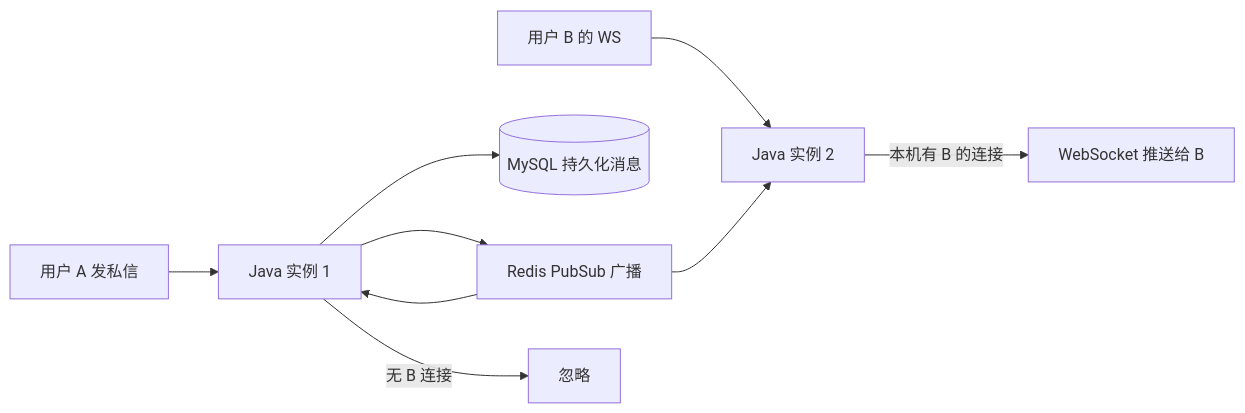
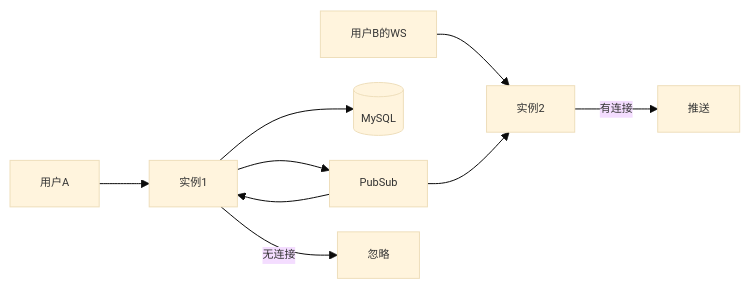
Before and after one commit to pluchon/mengmeng_forum: diagram 11 of 22 in README.md, drawn with Mermaid. The commit also changed other lines of this file and 2 other files, not shown here.

````diff
--- a/README.md
+++ b/README.md
@@ -550,12 +411,12 @@
 ```mermaid
+%%{init: {'theme':'base', 'themeVariables': {'fontSize':'11px'}, 'flowchart': {'nodeSpacing': 25}}}%%
 flowchart LR
-  A[用户 A 发私信] --> J1[Java 实例 1]
-  B[用户 B 的 WS] --> J2[Java 实例 2]
-
-  J1 --> DB[(MySQL 持久化消息)]
-  J1 --> Pub[Redis PubSub 广播]
+  A[用户A] --> J1[实例1]
+  B[用户B的WS] --> J2[实例2]
+  J1 --> DB[(MySQL)]
+  J1 --> Pub[PubSub]
+  Pub --> J2
+  J2 -->|有连接| WS[推送]
   Pub --> J1
-  Pub --> J2
-  J2 -->|本机有 B 的连接| WS[WebSocket 推送给 B]
-  J1 -->|无 B 连接| Skip[忽略]
+  J1 -->|无连接| Skip[忽略]
 ```
````
